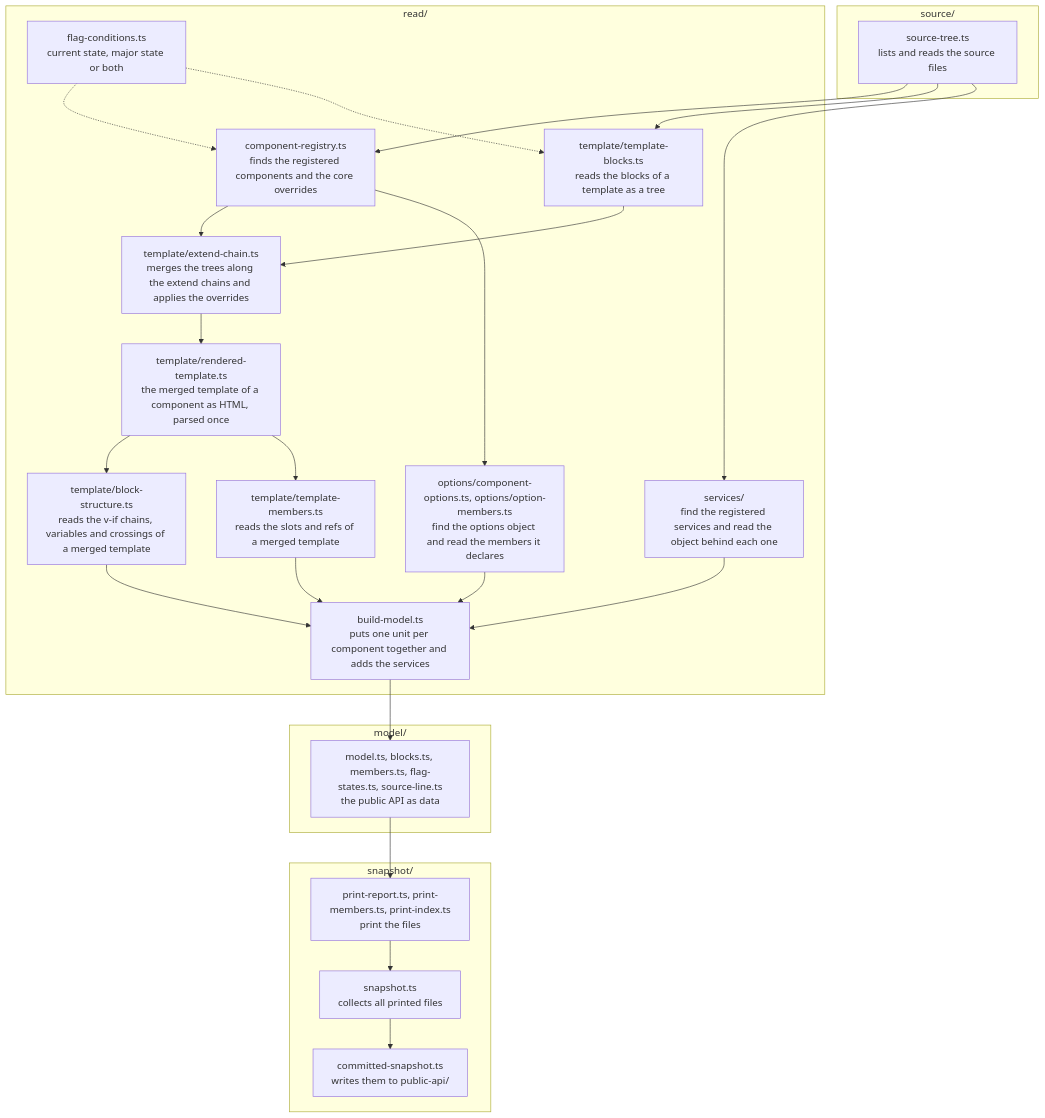
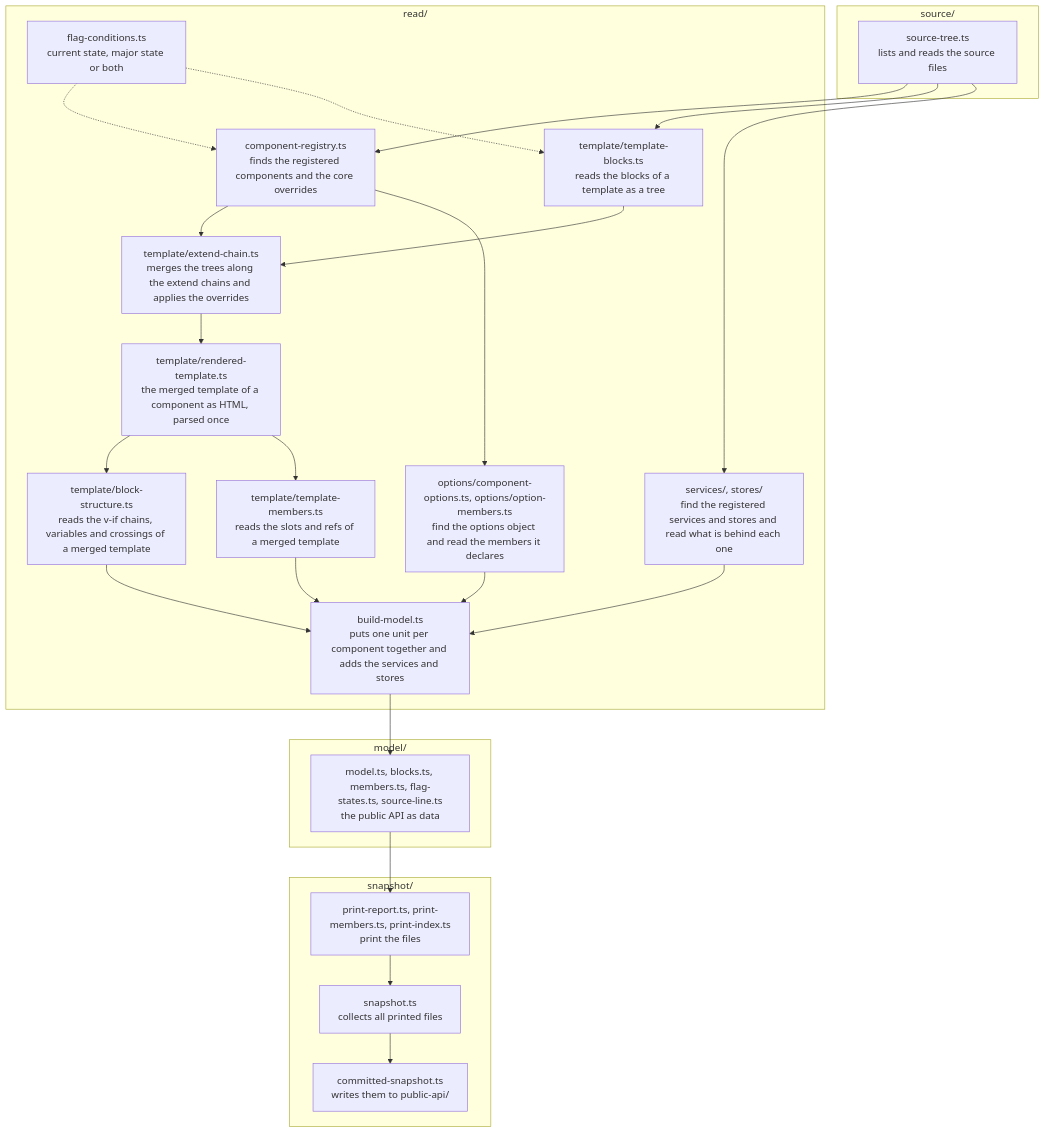
Before and after one commit to shopware/shopware: the first of 2 diagrams in src/Administration/Resources/app/administration/scripts/generate-public-api/README.md, drawn with Mermaid. The commit also changed other lines of this file and 104 other files, not shown here.

````diff
--- a/src/Administration/Resources/app/administration/scripts/generate-public-api/README.md
+++ b/src/Administration/Resources/app/administration/scripts/generate-public-api/README.md
@@ -31,35 +31,35 @@
 ```mermaid
 flowchart TD
     subgraph source["source/"]
         tree["source-tree.ts<br/>lists and reads the source files"]
     end
     subgraph read["read/"]
         registry["component-registry.ts<br/>finds the registered components and the core overrides"]
         blocks["template/template-blocks.ts<br/>reads the blocks of a template as a tree"]
         chain["template/extend-chain.ts<br/>merges the trees along the extend chains and applies the overrides"]
         rendered["template/rendered-template.ts<br/>the merged template of a component as HTML, parsed once"]
         structure["template/block-structure.ts<br/>reads the v-if chains, variables and crossings of a merged template"]
         templateMembers["template/template-members.ts<br/>reads the slots and refs of a merged template"]
         options["options/component-options.ts, options/option-members.ts<br/>find the options object and read the members it declares"]
         flags["flag-conditions.ts<br/>current state, major state or both"]
-        services["services/<br/>find the registered services and read the object behind each one"]
-        build["build-model.ts<br/>puts one unit per component together and adds the services"]
+        services["services/, stores/<br/>find the registered services and stores and read what is behind each one"]
+        build["build-model.ts<br/>puts one unit per component together and adds the services and stores"]
     end
     subgraph model["model/"]
         data["model.ts, blocks.ts, members.ts, flag-states.ts, source-line.ts<br/>the public API as data"]
     end
     subgraph snapshot["snapshot/"]
         printers["print-report.ts, print-members.ts, print-index.ts<br/>print the files"]
         files["snapshot.ts<br/>collects all printed files"]
         committed["committed-snapshot.ts<br/>writes them to public-api/"]
     end
 
     tree --> registry --> chain
     tree --> blocks --> chain --> rendered --> structure --> build
     rendered --> templateMembers --> build
     registry --> options --> build
     tree --> services --> build
     flags -.-> registry
     flags -.-> blocks
     build --> data --> printers --> files --> committed
 ```
````
